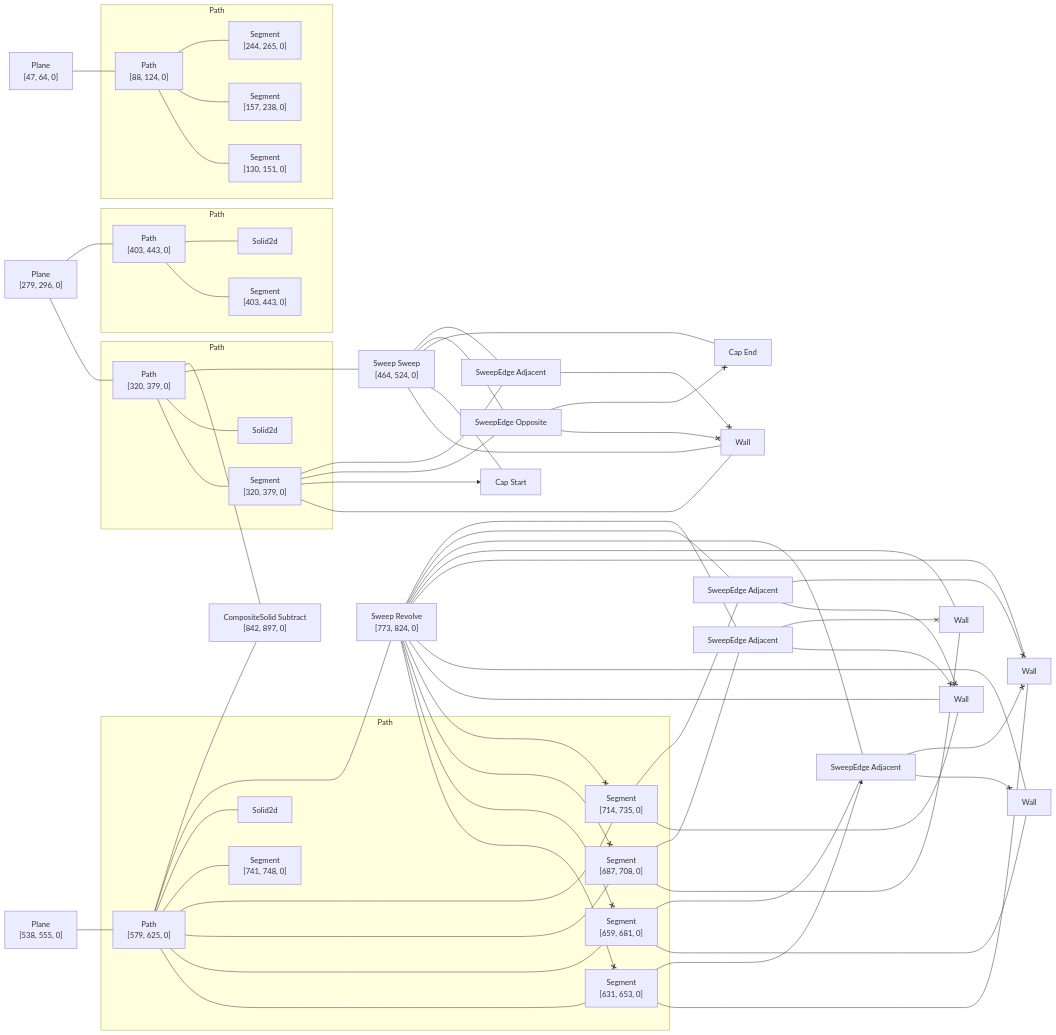
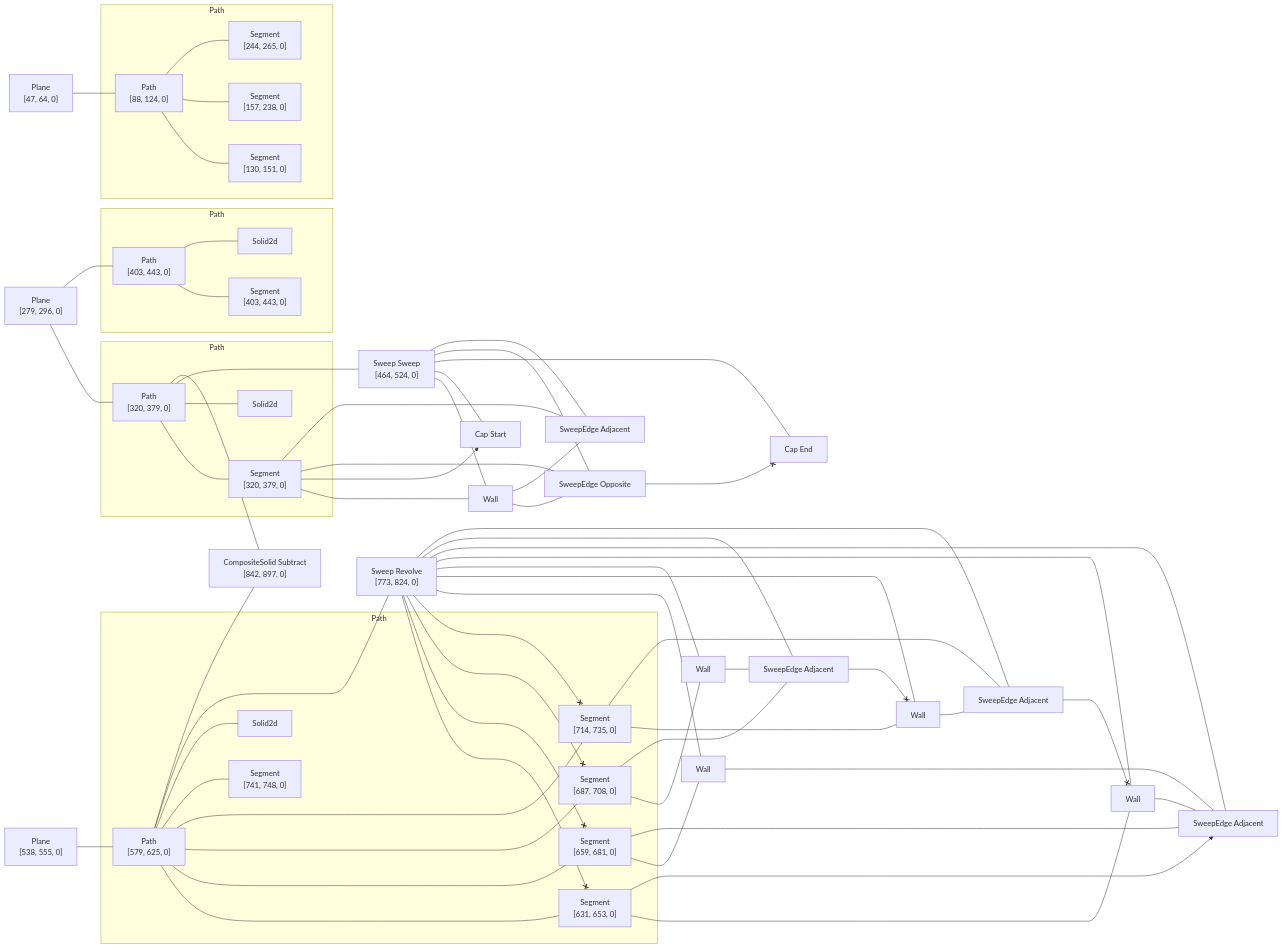
The diagram in rust/kcl-lib/tests/subtract_regression05/artifact_graph_flowchart.snap.md (rajgandhi1/modeling-app), drawn with Mermaid before and after one commit. The commit also changed 233 other files, not shown here.

````diff
--- a/rust/kcl-lib/tests/subtract_regression05/artifact_graph_flowchart.snap.md
+++ b/rust/kcl-lib/tests/subtract_regression05/artifact_graph_flowchart.snap.md
@@ -69,17 +69,17 @@
   11 --- 31
   11 --- 32
   22 <--x 13
-  13 --- 27
+  13 --- 28
   13 x--> 33
   22 <--x 14
-  14 --- 26
+  14 --- 25
   14 --- 33
   22 <--x 15
-  15 --- 28
-  15 --- 35
+  15 --- 27
+  15 --- 34
   22 <--x 16
-  16 --- 25
-  16 --- 34
+  16 --- 26
+  16 --- 35
   21 --- 24
   21 --- 29
   21 --- 30
@@ -92,13 +92,13 @@
   22 --- 33
   22 --- 34
   22 --- 35
-  31 <--x 24
-  32 <--x 24
-  34 <--x 25
-  35 <--x 25
-  33 <--x 26
-  33 <--x 27
-  34 <--x 27
+  24 --- 31
+  24 --- 32
+  25 --- 33
+  34 <--x 26
+  26 --- 35
+  27 --- 34
+  28 --- 33
   35 <--x 28
   31 <--x 30
 ```
````
